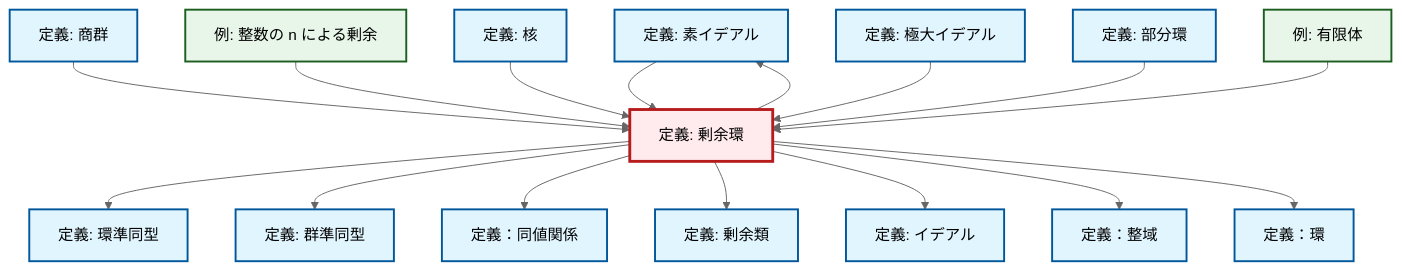
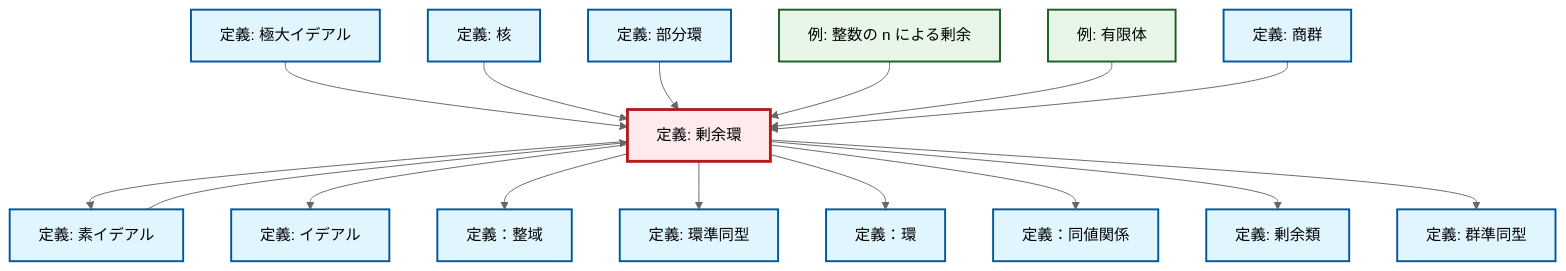
The diagram in content/ja/algebra/def-quotient-ring.qmd (RK0429/ModernMath), drawn with Mermaid (neutral theme) before and after one commit. The commit also changed other lines of this file and 1012 other files, not shown here.

````diff
--- a/content/ja/algebra/def-quotient-ring.qmd
+++ b/content/ja/algebra/def-quotient-ring.qmd
@@ -83,54 +83,54 @@
 ```{mermaid}
 %%| fig-cap: "Local dependency graph"
 graph TD
     classDef definition fill:#e1f5fe,stroke:#01579b,stroke-width:2px
     classDef theorem fill:#f3e5f5,stroke:#4a148c,stroke-width:2px
     classDef axiom fill:#fff3e0,stroke:#e65100,stroke-width:2px
     classDef example fill:#e8f5e9,stroke:#1b5e20,stroke-width:2px
     classDef current fill:#ffebee,stroke:#b71c1c,stroke-width:3px
+    def-kernel["定義: 核"]:::definition
+    def-ring["定義：環"]:::definition
+    def-ring-homomorphism["定義: 環準同型"]:::definition
+    def-homomorphism["定義: 群準同型"]:::definition
+    def-subring["定義: 部分環"]:::definition
+    def-maximal-ideal["定義: 極大イデアル"]:::definition
+    ex-finite-field["例: 有限体"]:::example
     def-prime-ideal["定義: 素イデアル"]:::definition
-    def-ideal["定義: イデアル"]:::definition
-    def-maximal-ideal["定義: 極大イデアル"]:::definition
+    def-quotient-group["定義: 商群"]:::definition
+    def-equivalence-relation["定義：同値関係"]:::definition
+    def-coset["定義: 剰余類"]:::definition
     def-quotient-ring["定義: 剰余環"]:::definition
     def-integral-domain["定義：整域"]:::definition
-    def-ring["定義：環"]:::definition
-    def-ring-homomorphism["定義: 環準同型"]:::definition
-    def-quotient-group["定義: 商群"]:::definition
+    def-ideal["定義: イデアル"]:::definition
     ex-quotient-integers-mod-n["例: 整数の n による剰余"]:::example
-    def-homomorphism["定義: 群準同型"]:::definition
-    def-subring["定義: 部分環"]:::definition
-    def-coset["定義: 剰余類"]:::definition
-    def-equivalence-relation["定義：同値関係"]:::definition
-    def-kernel["定義: 核"]:::definition
-    ex-finite-field["例: 有限体"]:::example
-    def-prime-ideal --> def-quotient-ring
+    def-quotient-ring --> def-prime-ideal
+    def-quotient-ring --> def-ideal
+    def-quotient-ring --> def-integral-domain
     def-quotient-ring --> def-ring-homomorphism
-    def-quotient-ring --> def-homomorphism
+    def-quotient-ring --> def-ring
+    def-maximal-ideal --> def-quotient-ring
     def-quotient-ring --> def-equivalence-relation
     def-quotient-ring --> def-coset
-    def-quotient-ring --> def-prime-ideal
-    def-quotient-ring --> def-ideal
+    def-kernel --> def-quotient-ring
+    def-prime-ideal --> def-quotient-ring
+    def-subring --> def-quotient-ring
+    ex-quotient-integers-mod-n --> def-quotient-ring
+    def-quotient-ring --> def-homomorphism
+    ex-finite-field --> def-quotient-ring
     def-quotient-group --> def-quotient-ring
-    ex-quotient-integers-mod-n --> def-quotient-ring
-    def-kernel --> def-quotient-ring
-    def-maximal-ideal --> def-quotient-ring
-    def-subring --> def-quotient-ring
-    def-quotient-ring --> def-integral-domain
-    ex-finite-field --> def-quotient-ring
-    def-quotient-ring --> def-ring
     class def-quotient-ring current
-    click def-prime-ideal "def-prime-ideal.html" "素イデアルの定義へ"
-    click def-ideal "def-ideal.html" "イデアルの定義へ"
-    click def-maximal-ideal "def-maximal-ideal.html" "極大イデアルの定義へ"
-    click def-integral-domain "def-integral-domain.html" "定義：整域へ"
+    click def-kernel "def-kernel.html" "核の定義へ"
     click def-ring "def-ring.html" "定義：環へ"
     click def-ring-homomorphism "def-ring-homomorphism.html" "環準同型の定義へ"
-    click def-quotient-group "def-quotient-group.html" "商群の定義へ"
-    click ex-quotient-integers-mod-n "ex-quotient-integers-mod-n.html" "整数の n による剰余の例へ"
     click def-homomorphism "def-homomorphism.html" "群準同型の定義へ"
     click def-subring "def-subring.html" "部分環の定義へ"
+    click def-maximal-ideal "def-maximal-ideal.html" "極大イデアルの定義へ"
+    click ex-finite-field "ex-finite-field.html" "有限体の例へ"
+    click def-prime-ideal "def-prime-ideal.html" "素イデアルの定義へ"
+    click def-quotient-group "def-quotient-group.html" "商群の定義へ"
+    click def-equivalence-relation "def-equivalence-relation.html" "定義：同値関係へ"
     click def-coset "def-coset.html" "剰余類の定義へ"
-    click def-equivalence-relation "def-equivalence-relation.html" "定義：同値関係へ"
-    click def-kernel "def-kernel.html" "核の定義へ"
-    click ex-finite-field "ex-finite-field.html" "有限体の例へ"
+    click def-integral-domain "def-integral-domain.html" "定義：整域へ"
+    click def-ideal "def-ideal.html" "イデアルの定義へ"
+    click ex-quotient-integers-mod-n "ex-quotient-integers-mod-n.html" "整数の n による剰余の例へ"
 ```
````
